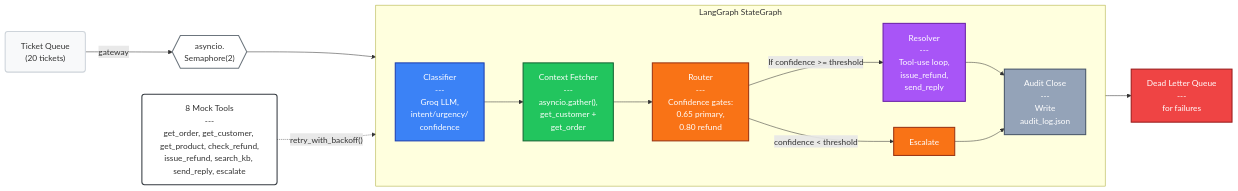
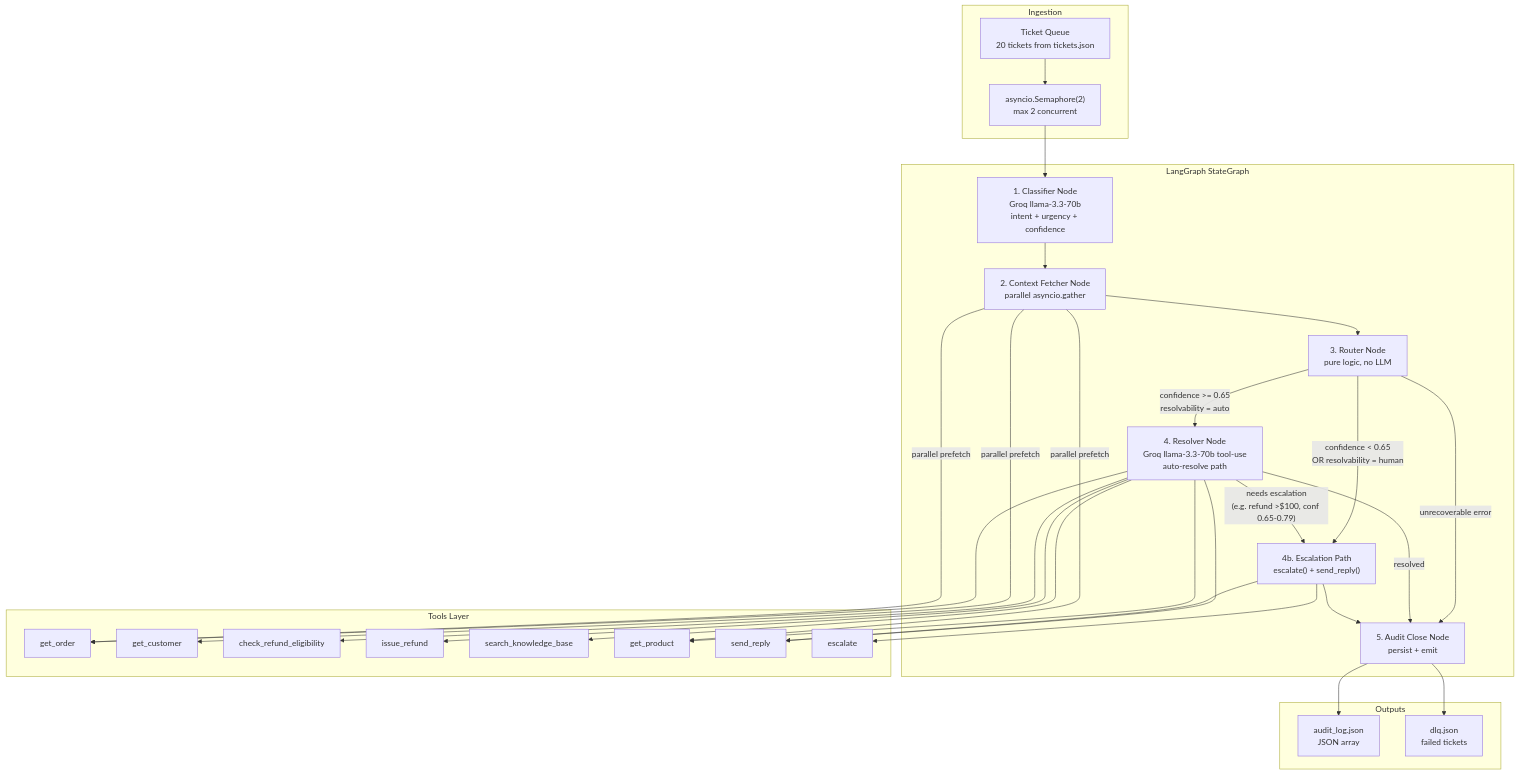
One commit to saikiranpulagalla/hackathon2026-saikiranpulagalla changed the first of 4 diagrams in README.md. Above: the diagram before and after it, drawn with Mermaid. The commit also changed other lines of this file and 1 other file, not shown here.

Commit message:
Restore HLD image and original Mermaid LLD code

````diff
--- a/README.md
+++ b/README.md
@@ -13,45 +17,57 @@
 ```mermaid
-graph LR
-    %% Custom Styles
-    classDef queue fill:#f8f9fa,stroke:#ced4da,stroke-width:2px,rx:5px,ry:5px;
-    classDef filter fill:#ffffff,stroke:#6c757d,stroke-width:2px;
-    classDef blueBox fill:#3b82f6,stroke:#1e40af,stroke-width:2px,color:#ffffff;
-    classDef greenBox fill:#22c55e,stroke:#166534,stroke-width:2px,color:#ffffff;
-    classDef orangeBox fill:#f97316,stroke:#9a3412,stroke-width:2px,color:#ffffff;
-    classDef purpleBox fill:#a855f7,stroke:#6b21a8,stroke-width:2px,color:#ffffff;
-    classDef grayBox fill:#94a3b8,stroke:#475569,stroke-width:2px,color:#ffffff;
-    classDef redBox fill:#ef4444,stroke:#991b1b,stroke-width:2px,color:#ffffff;
-    classDef toolBox fill:#ffffff,stroke:#343a40,stroke-width:2px,rx:5px,ry:5px;
-
-    %% Entry and Exit Points
-    TQ["Ticket Queue<br>(20 tickets)"]:::queue
-    SEM{{"asyncio.<br>Semaphore(2)"}}:::filter
-    DLQ["Dead Letter Queue<br>---<br>for failures"]:::redBox
-
-    %% Core StateGraph
-    subgraph LangGraph StateGraph
-        direction LR
-        CL["Classifier<br>---<br>Groq LLM,<br>intent/urgency/<br>confidence"]:::blueBox
-        CF["Context Fetcher<br>---<br>asyncio.gather(),<br>get_customer +<br>get_order"]:::greenBox
-        RT["Router<br>---<br>Confidence gates:<br>0.65 primary,<br>0.80 refund"]:::orangeBox
-        RS["Resolver<br>---<br>Tool-use loop,<br>issue_refund,<br>send_reply"]:::purpleBox
-        ESC["Escalate"]:::orangeBox
-        AC["Audit Close<br>---<br>Write<br>audit_log.json"]:::grayBox
-
-        CL --> CF
-        CF --> RT
-        RT -- "If confidence >= threshold" --> RS
-        RT -- "confidence < threshold" --> ESC
-        RS --> AC
-        ESC --> AC
+graph TD
+    subgraph Ingestion
+        TQ["Ticket Queue<br/>20 tickets from tickets.json"]
+        SEM["asyncio.Semaphore(2)<br/>max 2 concurrent"]
     end
 
-    %% Tools Layer
-    TOOLS["8 Mock Tools<br>---<br>get_order, get_customer, get_product, check_refund,<br>issue_refund, search_kb, send_reply, escalate"]:::toolBox
+    subgraph LangGraph StateGraph
+        CL["1. Classifier Node<br/>Groq llama-3.3-70b<br/>intent + urgency + confidence"]
+        CF["2. Context Fetcher Node<br/>parallel asyncio.gather"]
+        RT["3. Router Node<br/>pure logic, no LLM"]
+        RS["4. Resolver Node<br/>Groq llama-3.3-70b tool-use<br/>auto-resolve path"]
+        ESC["4b. Escalation Path<br/>escalate() + send_reply()"]
+        AC["5. Audit Close Node<br/>persist + emit"]
+    end
 
-    %% Connections
-    TQ -- "gateway" --> SEM
+    subgraph Tools Layer
+        GT[get_order]
+        GC[get_customer]
+        CR[check_refund_eligibility]
+        IR[issue_refund]
+        SK[search_knowledge_base]
+        GP[get_product]
+        SR[send_reply]
+        ES[escalate]
+    end
+
+    subgraph Outputs
+        AL["audit_log.json<br/>JSON array"]
+        DLQ["dlq.json<br/>failed tickets"]
+    end
+
+    TQ --> SEM
     SEM --> CL
+    CL --> CF
+    CF --> RT
+    RT -->|"confidence >= 0.65<br/>resolvability = auto"| RS
+    RT -->|"confidence < 0.65<br/>OR resolvability = human"| ESC
+    RT -->|"unrecoverable error"| AC
+    RS -->|"resolved"| AC
+    RS -->|"needs escalation<br/>(e.g. refund >$100, conf 0.65-0.79)"| ESC
+    ESC --> AC
+    AC --> AL
     AC --> DLQ
-    TOOLS -. "retry_with_backoff()" .-> RS
+
+    RS --> GT
+    RS --> CR
+    RS --> IR
+    RS --> SK
+    RS --> GP
+    RS --> SR
+    ESC --> ES
+    ESC --> SR
+    CF -->|"parallel prefetch"| GT
+    CF -->|"parallel prefetch"| GC
+    CF -->|"parallel prefetch"| GP
 ```
````
